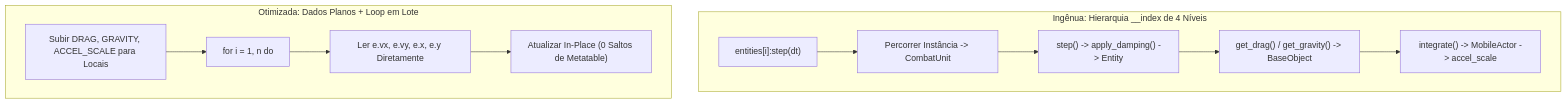
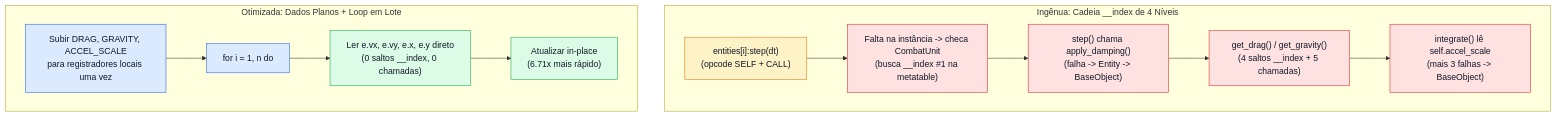
Before and after one commit to LevyArsOS/lua-lessons: the diagram in lessons/MetatableOverhead/Tutorial/pt-br.md, drawn with Mermaid. The commit also changed other lines of this file and 3 other files, not shown here.

First line of the commit message:
docs(tutorials): upgrade MetatableOverhead and StringConcat diagrams

````diff
--- a/lessons/MetatableOverhead/Tutorial/pt-br.md
+++ b/lessons/MetatableOverhead/Tutorial/pt-br.md
@@ -50,15 +50,20 @@
 ```mermaid
 flowchart TD
-    subgraph Naive["Ingênua: Hierarquia __index de 4 Níveis"]
-        E1["entities[i]:step(dt)"] --> H1["Percorrer Instância -> CombatUnit"]
-        H1 --> H2["step() -> apply_damping() -> Entity"]
-        H2 --> H3["get_drag() / get_gravity() -> BaseObject"]
-        H3 --> H4["integrate() -> MobileActor -> accel_scale"]
+    classDef slow fill:#fee2e2,stroke:#dc2626,color:#111827
+    classDef fast fill:#dcfce7,stroke:#16a34a,color:#111827
+    classDef vm fill:#dbeafe,stroke:#2563eb,color:#111827
+    classDef warn fill:#fef3c7,stroke:#d97706,color:#111827
+
+    subgraph Naive["Ingênua: Cadeia __index de 4 Níveis"]
+        E1["entities[i]:step(dt)<br/>(opcode SELF + CALL)"]:::warn --> H1["Falta na instância -> checa CombatUnit<br/>(busca __index #1 na metatable)"]:::slow
+        H1 --> H2["step() chama apply_damping()<br/>(falha -> Entity -> BaseObject)"]:::slow
+        H2 --> H3["get_drag() / get_gravity()<br/>(4 saltos __index + 5 chamadas)"]:::slow
+        H3 --> H4["integrate() lê self.accel_scale<br/>(mais 3 falhas -> BaseObject)"]:::slow
     end
 
     subgraph Optimized["Otimizada: Dados Planos + Loop em Lote"]
-        O1["Subir DRAG, GRAVITY, ACCEL_SCALE para Locais"] --> O2["for i = 1, n do"]
-        O2 --> O3["Ler e.vx, e.vy, e.x, e.y Diretamente"]
-        O3 --> O4["Atualizar In-Place (0 Saltos de Metatable)"]
+        O1["Subir DRAG, GRAVITY, ACCEL_SCALE<br/>para registradores locais uma vez"]:::vm --> O2["for i = 1, n do"]:::vm
+        O2 --> O3["Ler e.vx, e.vy, e.x, e.y direto<br/>(0 saltos __index, 0 chamadas)"]:::fast
+        O3 --> O4["Atualizar in-place<br/>(6.71x mais rápido)"]:::fast
     end
 ```
````
